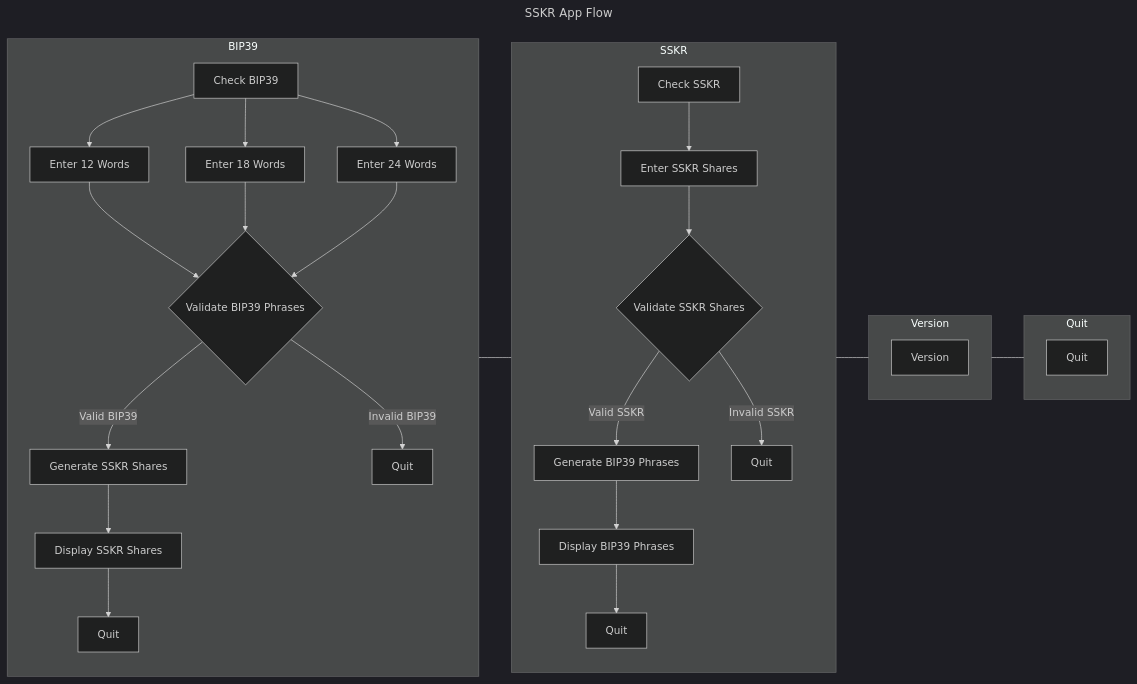
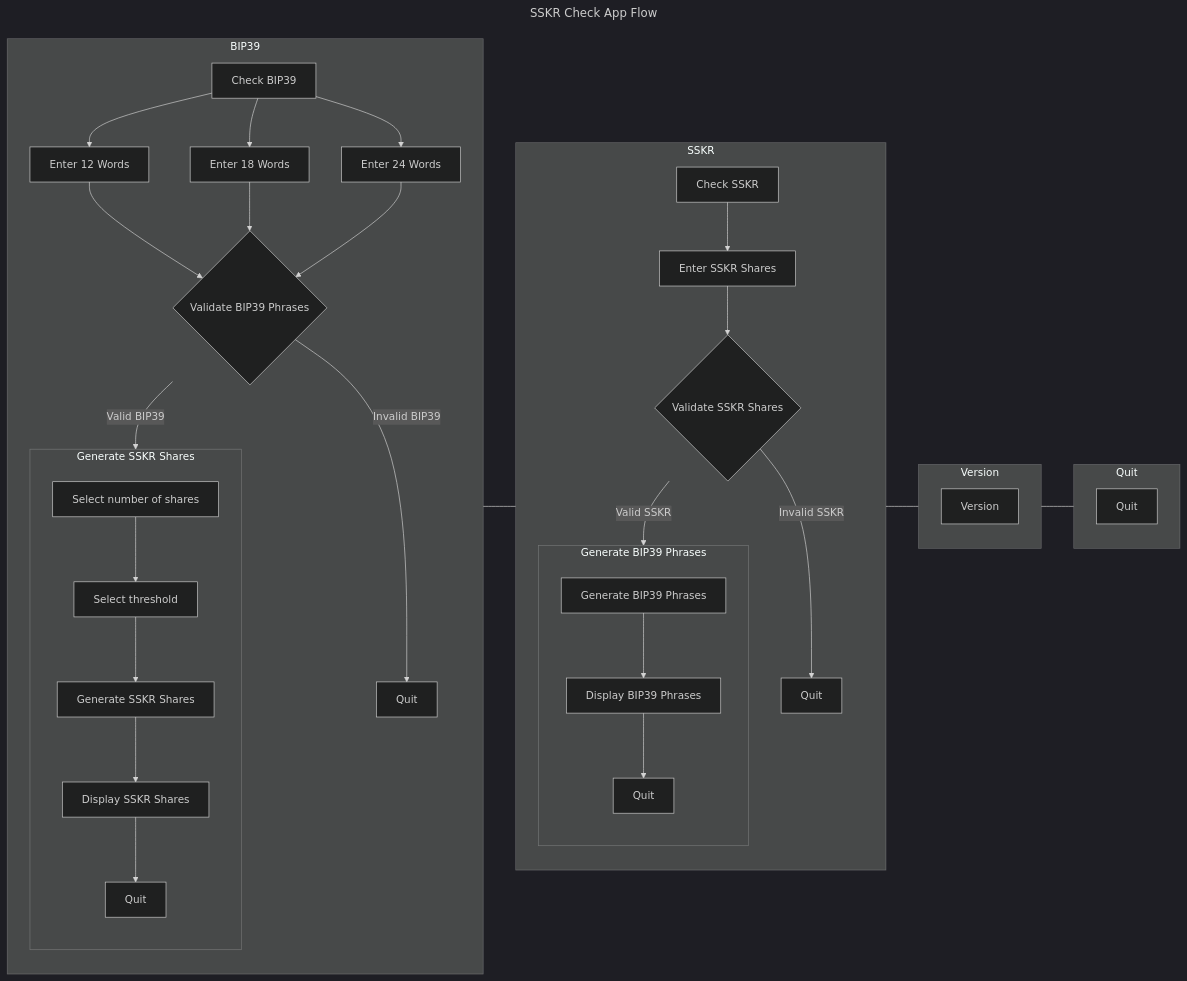
Before and after one commit to LedgerHQ/app-recovery-check: the diagram in README.md, drawn with Mermaid (dark theme). The commit also changed other lines of this file and 13 other files, not shown here.

Commit message:
Added flow to set SSKR threshold values

````diff
--- a/README.md
+++ b/README.md
@@ -14,32 +17,38 @@
 ```mermaid
 ---
-title: SSKR App Flow
+title: SSKR Check App Flow
 ---
 flowchart LR
-    BIP39 --- SSKR --- Version --- Quit
-    subgraph BIP39
+    1 --- 2 --- 3 --- 4
+    subgraph 1[BIP39]
         direction TB
         1.1[Check BIP39]
         1.1 --> 1.2.1[Enter 12 Words] --> 1.3{Validate BIP39 Phrases}
         1.1 --> 1.2.2[Enter 18 Words] --> 1.3
         1.1 --> 1.2.3[Enter 24 Words] --> 1.3
         1.3 --> |Valid BIP39| 1.4
         1.3 --> |Invalid BIP39| 1.3.1[Quit]
-        1.4[Generate SSKR Shares] --> 1.4.1[Display SSKR Shares] --> 1.4.2[Quit]
+        subgraph 1.4[Generate SSKR Shares]
+            direction TB
+            1.4.1[Select number of shares] --> 1.4.2[Select threshold] --> 1.4.3[Generate SSKR Shares] --> 1.4.4[Display SSKR Shares] --> 1.4.5[Quit]
+        end
     end
-    subgraph SSKR
+    subgraph 2[SSKR]
         direction TB
         2.1[Check SSKR] --> 2.2[Enter SSKR Shares] --> 2.3{Validate SSKR Shares}
         2.3 --> |Valid SSKR| 2.4
         2.3 --> |Invalid SSKR| 2.3.1[Quit]
-        2.4[Generate BIP39 Phrases] --> 2.4.1[Display BIP39 Phrases] --> 2.4.2[Quit]
+        subgraph 2.4[Generate BIP39 Phrases]
+            direction TB
+            2.4.1[Generate BIP39 Phrases] --> 2.4.2[Display BIP39 Phrases] --> 2.4.3[Quit]
+        end
     end
-    subgraph Version
+    subgraph 3[Version]
         direction TB
         3.1[Version]
         end
-    subgraph Quit
+    subgraph 4[Quit]
         direction TB
         4.1[Quit]
     end
 ```
````
